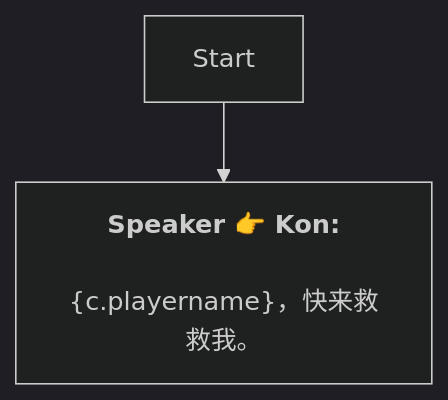
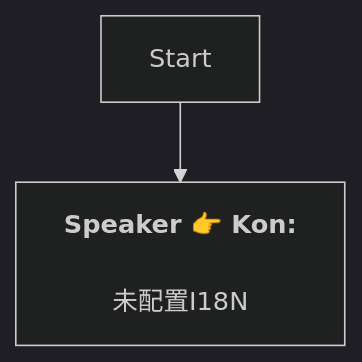
One commit to SoftHu/tos_avg changed the diagram in Zh/AddDialogNode_1739411615780033.md. Above: the diagram before and after it, drawn with Mermaid (dark theme). The commit also changed 730 other files, not shown here.

````diff
--- a/Zh/AddDialogNode_1739411615780033.md
+++ b/Zh/AddDialogNode_1739411615780033.md
@@ -1,6 +1,6 @@
 ```mermaid
 graph
 Start -->1739411660946628[<b>Speaker 👉 Kon:</b>
-\n&lbrace;c.playername&rbrace;，快来救救我。]
+\n未配置I18N]
 
 ```
````
